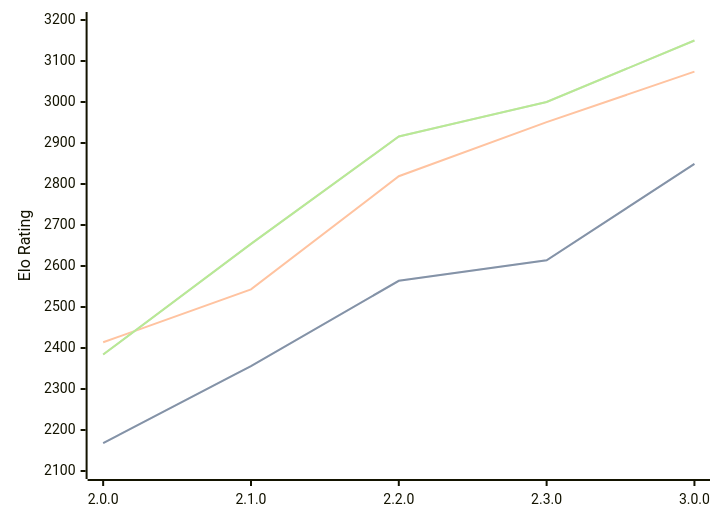
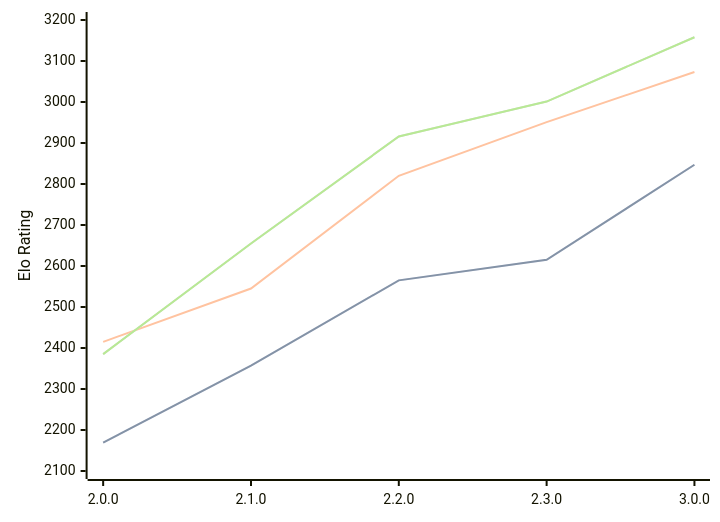
One commit to computer-chess-index/cci changed the diagram in engines/Raphael.md. Above: the diagram before and after it, drawn with Mermaid. The commit also changed other lines of this file, not shown here.

Commit message:
Update CCI Ratings (ELO VLTC) - 2026-02-21

````diff
--- a/engines/Raphael.md
+++ b/engines/Raphael.md
@@ -44,11 +44,11 @@
 ```mermaid
 %%{init: {"theme":"base","themeVariables":{"seriesColors:['#a3a3a3','#222221','#faa371']}}}%%
 xychart-beta
   x-axis ["2.0.0", "2.1.0", "2.2.0", "2.3.0", "3.0.0"]
   y-axis "Elo Rating" 2100 --> 3200
-  line "STC (8.0+0.08s)" [2168, 2356, 2564, 2614, 2849]
-  line "STC (8.0+0.08s)" [2168, 2356, 2564, 2614, 2849]
-  line "LTC (60.0+0.60s)" [2414, 2543, 2819, 2951, 3074]
-  line "VLTC (2m24s+1.12s)" [2384, 2654, 2916, 3000, 3150]
-  line "VLTC (2m24s+1.12s)" [2384, 2654, 2916, 3000, 3150]
+  line "STC (8.0+0.08s)" [2169, 2357, 2565, 2615, 2847]
+  line "STC (8.0+0.08s)" [2169, 2357, 2565, 2615, 2847]
+  line "LTC (60.0+0.60s)" [2415, 2545, 2820, 2951, 3073]
+  line "VLTC (2m24s+1.12s)" [2385, 2655, 2916, 3001, 3158]
+  line "VLTC (2m24s+1.12s)" [2385, 2655, 2916, 3001, 3158]
 ```
````
